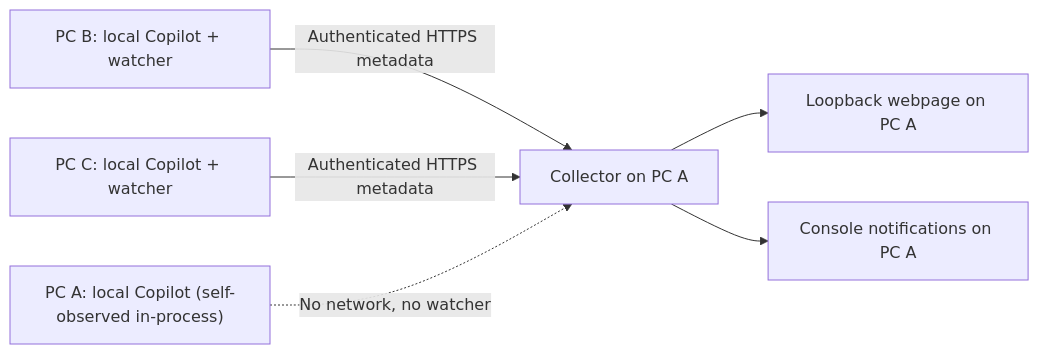
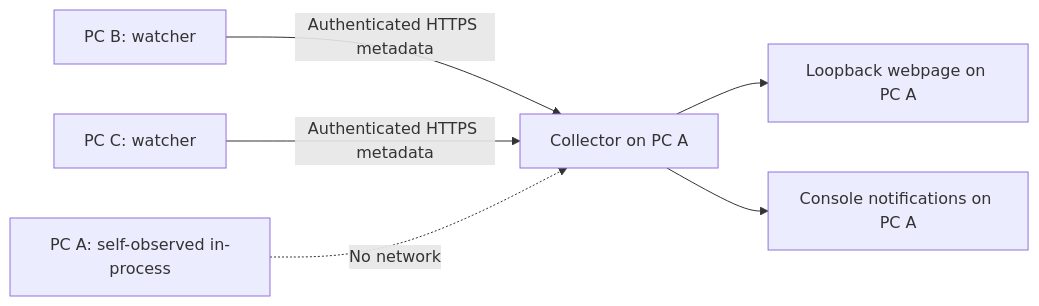
The diagram in README.md (rchiodo/copilot-session-monitor), drawn with Mermaid before and after one commit. The commit also changed other lines of this file, not shown here.

````diff
--- a/README.md
+++ b/README.md
@@ -9,8 +45,8 @@
 ```mermaid
 flowchart LR
-    B["PC B: local Copilot + watcher"] -->|Authenticated HTTPS metadata| C["Collector on PC A"]
-    D["PC C: local Copilot + watcher"] -->|Authenticated HTTPS metadata| C
-    A["PC A: local Copilot (self-observed in-process)"] -.->|No network, no watcher| C
+    B["PC B: watcher"] -->|Authenticated HTTPS metadata| C["Collector on PC A"]
+    D["PC C: watcher"] -->|Authenticated HTTPS metadata| C
+    A["PC A: self-observed in-process"] -.->|No network| C
     C --> W["Loopback webpage on PC A"]
     C --> N["Console notifications on PC A"]
 ```
````
